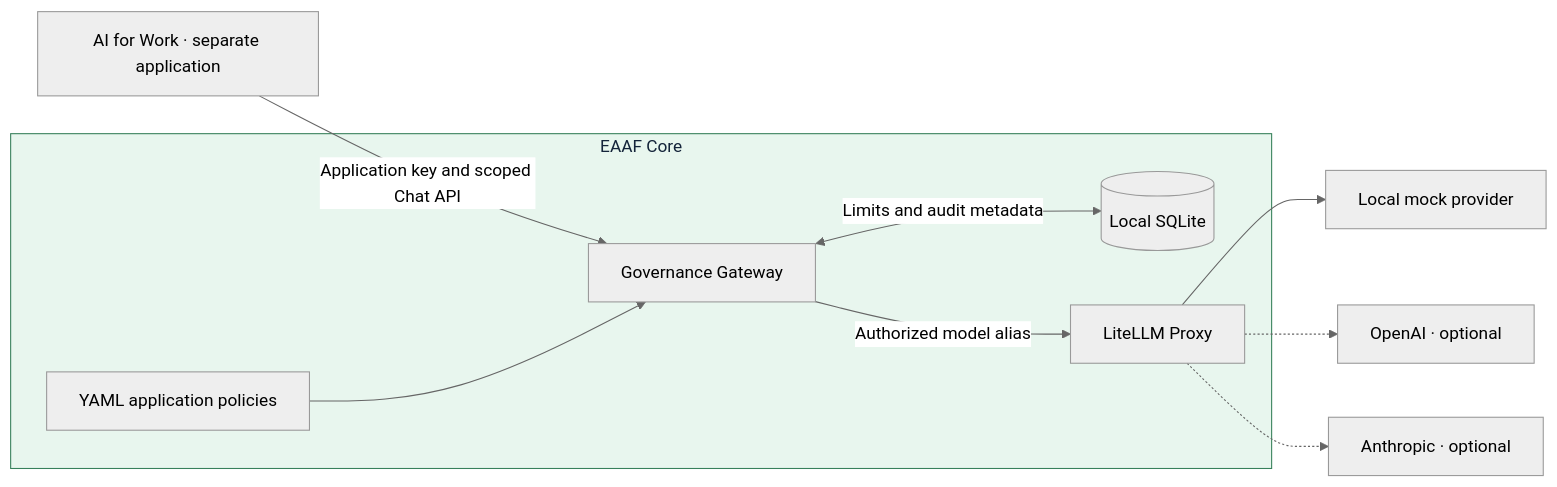
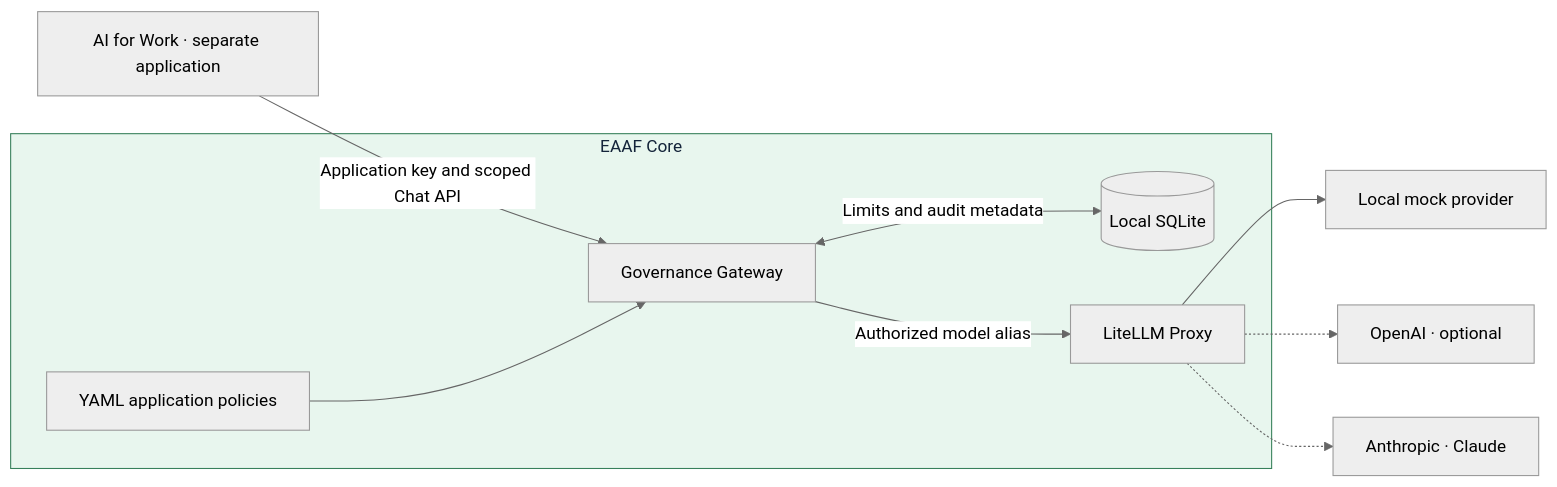
One commit to tandrian06/eaaf changed the first of 2 diagrams in docs/architecture.md. Above: the diagram before and after it, drawn with Mermaid (neutral theme). The commit also changed other lines of this file and 2 other files, not shown here.

Commit message:
Add Claude as an optional EAAF provider

````diff
--- a/docs/architecture.md
+++ b/docs/architecture.md
@@ -5,16 +5,16 @@
 ```mermaid
 flowchart LR
     Work["AI for Work · separate application"] -->|"Application key and scoped Chat API"| Gateway
 
     subgraph Core["EAAF Core"]
         Profiles["YAML application policies"] --> Gateway["Governance Gateway"]
         Gateway <-->|"Limits and audit metadata"| Usage[("Local SQLite")]
         Gateway -->|"Authorized model alias"| Proxy["LiteLLM Proxy"]
     end
 
     Proxy --> Mock["Local mock provider"]
     Proxy -.-> OpenAI["OpenAI · optional"]
-    Proxy -.-> Anthropic["Anthropic · optional"]
+    Proxy -.-> Anthropic["Anthropic · Claude"]
 
     style Core fill:#e8f6ee,stroke:#37805b,color:#14243a
 ```
````
